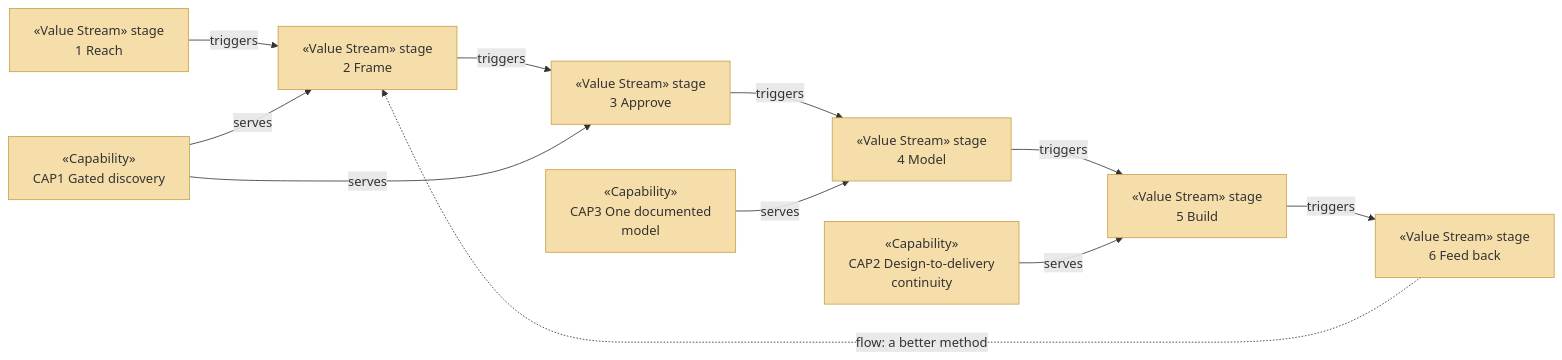
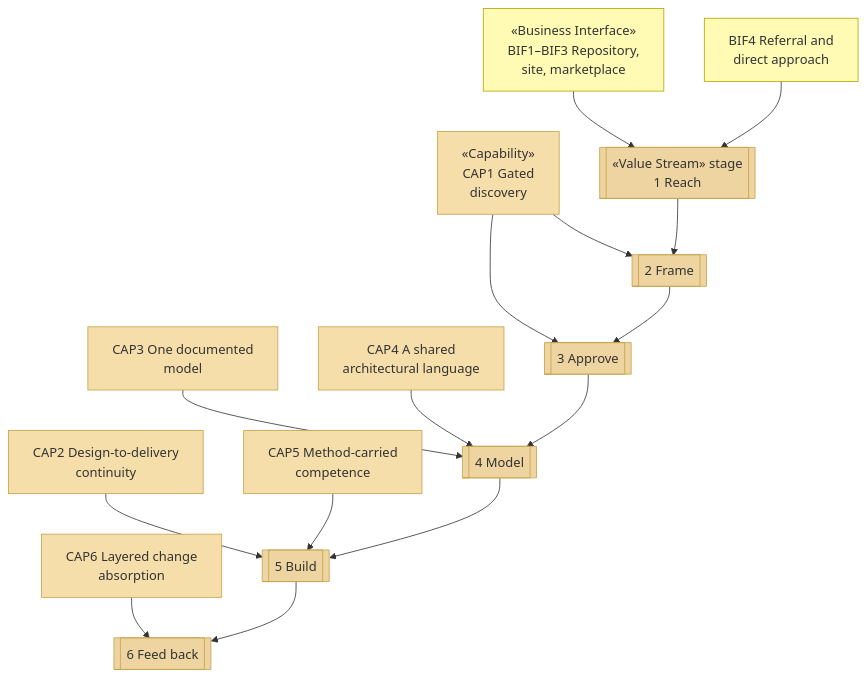
Before and after one commit to roanboc/architecture-archreator: the third of 4 diagrams in organization/docs/ea/1_strategy/3_value-stream.md, drawn with Mermaid. The commit also changed other lines of this file and 2 other files, not shown here.

First line of the commit message:
docs: extend diagram-first notation to capabilities and the value stream

````diff
--- a/organization/docs/ea/1_strategy/3_value-stream.md
+++ b/organization/docs/ea/1_strategy/3_value-stream.md
@@ -46,27 +83,35 @@
 ```mermaid
-flowchart LR
-  s1["«Value Stream» stage<br>1 Reach"]:::strategy
-  s2["«Value Stream» stage<br>2 Frame"]:::strategy
-  s3["«Value Stream» stage<br>3 Approve"]:::strategy
-  s4["«Value Stream» stage<br>4 Model"]:::strategy
-  s5["«Value Stream» stage<br>5 Build"]:::strategy
-  s6["«Value Stream» stage<br>6 Feed back"]:::strategy
+flowchart TB
+  bif1["«Business Interface»<br>BIF1–BIF3 Repository,<br>site, marketplace"]:::interface
+  bif4["BIF4 Referral and<br>direct approach"]:::interface
 
-  cap1["«Capability»<br>CAP1 Gated discovery"]:::strategy
-  cap2["«Capability»<br>CAP2 Design-to-delivery<br>continuity"]:::strategy
-  cap3["«Capability»<br>CAP3 One documented<br>model"]:::strategy
+  s1[["«Value Stream» stage<br>1 Reach"]]:::stage
+  s2[["2 Frame"]]:::stage
+  s3[["3 Approve"]]:::stage
+  s4[["4 Model"]]:::stage
+  s5[["5 Build"]]:::stage
+  s6[["6 Feed back"]]:::stage
 
-  s1 -->|triggers| s2
-  s2 -->|triggers| s3
-  s3 -->|triggers| s4
-  s4 -->|triggers| s5
-  s5 -->|triggers| s6
-  s6 -.->|flow: a better method| s2
+  cap1["«Capability»<br>CAP1 Gated<br>discovery"]:::capability
+  cap2["CAP2 Design-to-delivery<br>continuity"]:::capability
+  cap3["CAP3 One documented<br>model"]:::capability
+  cap4["CAP4 A shared<br>architectural language"]:::capability
+  cap5["CAP5 Method-carried<br>competence"]:::capability
+  cap6["CAP6 Layered change<br>absorption"]:::capability
 
-  cap1 -->|serves| s2
-  cap1 -->|serves| s3
-  cap3 -->|serves| s4
-  cap2 -->|serves| s5
+  bif1 --> s1
+  bif4 --> s1
+  cap1 --> s2
+  cap1 --> s3
+  cap3 --> s4
+  cap4 --> s4
+  cap2 --> s5
+  cap5 --> s5
+  cap6 --> s6
 
-  classDef strategy fill:#f5deaa,stroke:#c8a24a,color:#333
+  s1 --> s2 --> s3 --> s4 --> s5 --> s6
+
+  classDef stage fill:#eed4a0,stroke:#c8a24a,color:#333
+  classDef capability fill:#f5deaa,stroke:#c8a24a,color:#333
+  classDef interface fill:#fffbb5,stroke:#b8a200,color:#333
 ```
````
